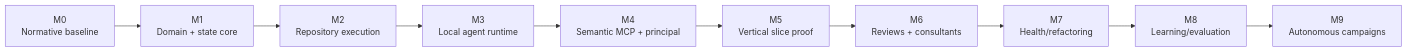
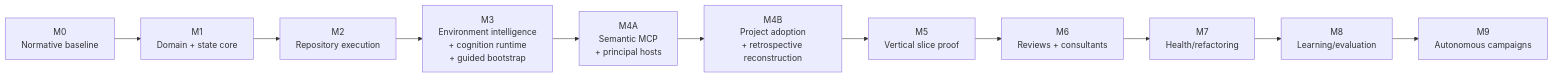
Before and after one commit to olostan/DevCadence: the diagram in docs/IMPLEMENTATION_PLAN.md, drawn with Mermaid. The commit also changed other lines of this file, not shown here.

Commit message:
docs: reconcile roadmap for adaptive M3 and brownfield M4

````diff
--- a/docs/IMPLEMENTATION_PLAN.md
+++ b/docs/IMPLEMENTATION_PLAN.md
@@ -11,15 +11,16 @@
 ```mermaid
 flowchart LR
     M0["M0<br/>Normative baseline"]
     M1["M1<br/>Domain + state core"]
     M2["M2<br/>Repository execution"]
-    M3["M3<br/>Local agent runtime"]
-    M4["M4<br/>Semantic MCP + principal"]
+    M3["M3<br/>Environment intelligence<br/>+ cognition runtime<br/>+ guided bootstrap"]
+    M4A["M4A<br/>Semantic MCP<br/>+ principal hosts"]
+    M4B["M4B<br/>Project adoption<br/>+ retrospective reconstruction"]
     M5["M5<br/>Vertical slice proof"]
     M6["M6<br/>Reviews + consultants"]
     M7["M7<br/>Health/refactoring"]
     M8["M8<br/>Learning/evaluation"]
     M9["M9<br/>Autonomous campaigns"]
 
-    M0 --> M1 --> M2 --> M3 --> M4 --> M5 --> M6 --> M7 --> M8 --> M9
+    M0 --> M1 --> M2 --> M3 --> M4A --> M4B --> M5 --> M6 --> M7 --> M8 --> M9
 ```
````
